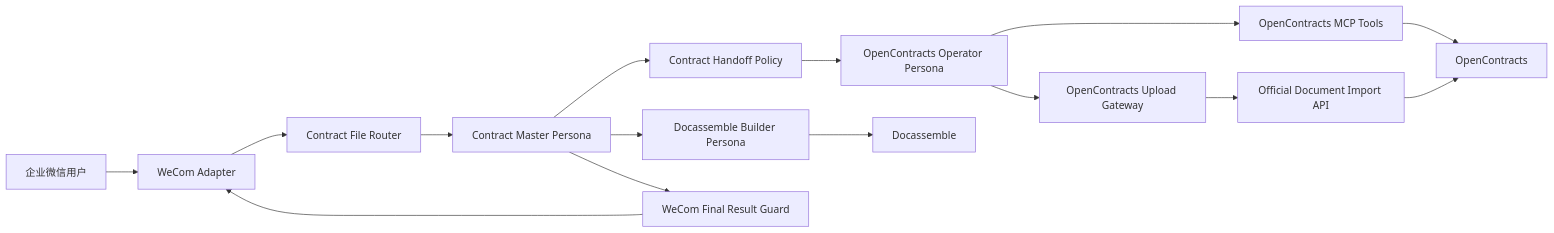
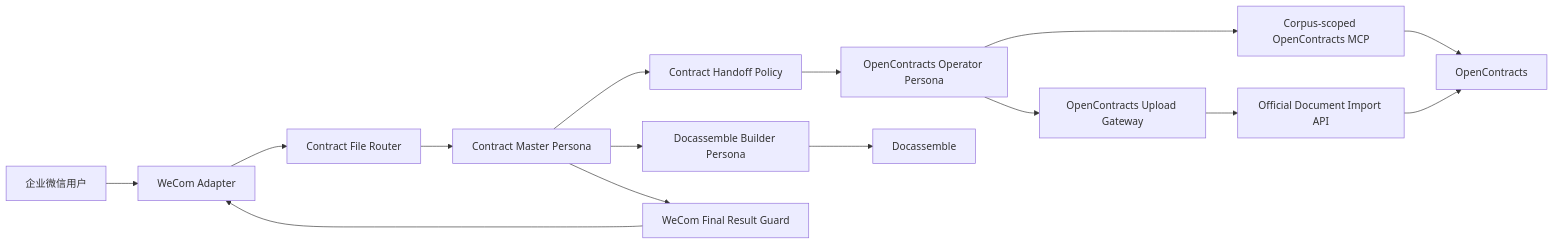
Before and after one commit to Ri0n72Y/ContractBotConfig: the first of 2 diagrams in README.md, drawn with Mermaid. The commit also changed other lines of this file and 43 other files, not shown here.

Commit message:
phase2: move OpenContracts reads to MCP and split upload gateway

````diff
--- a/README.md
+++ b/README.md
@@ -18,31 +18,31 @@
 ```mermaid
 flowchart LR
     User[企业微信用户]
     WeCom[WeCom Adapter]
     Router[Contract File Router]
     Master[Contract Master Persona]
     Handoff[Contract Handoff Policy]
     OCOperator[OpenContracts Operator Persona]
-    MCP[OpenContracts MCP Tools]
+    MCP[Corpus-scoped OpenContracts MCP]
     Gateway[OpenContracts Upload Gateway]
     ImportAPI[Official Document Import API]
     OpenContracts[OpenContracts]
     ResultGuard[WeCom Final Result Guard]
     DocBuilder[Docassemble Builder Persona]
     Docassemble[Docassemble]
 
     User --> WeCom
     WeCom --> Router
     Router --> Master
     Master --> Handoff
     Handoff --> OCOperator
     OCOperator --> MCP
     MCP --> OpenContracts
     OCOperator --> Gateway
     Gateway --> ImportAPI
     ImportAPI --> OpenContracts
     Master --> DocBuilder
     DocBuilder --> Docassemble
     Master --> ResultGuard
     ResultGuard --> WeCom
 ```
````
